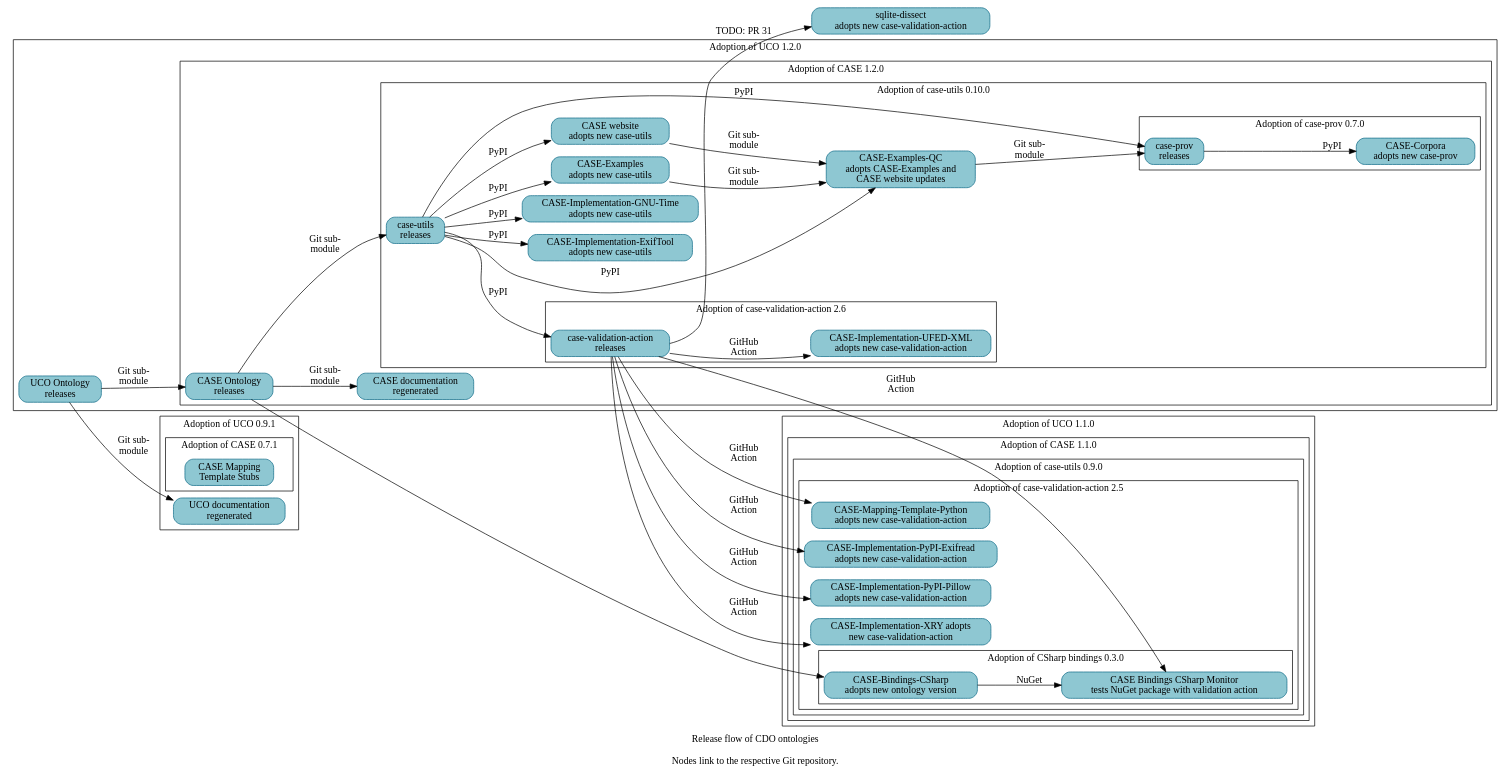
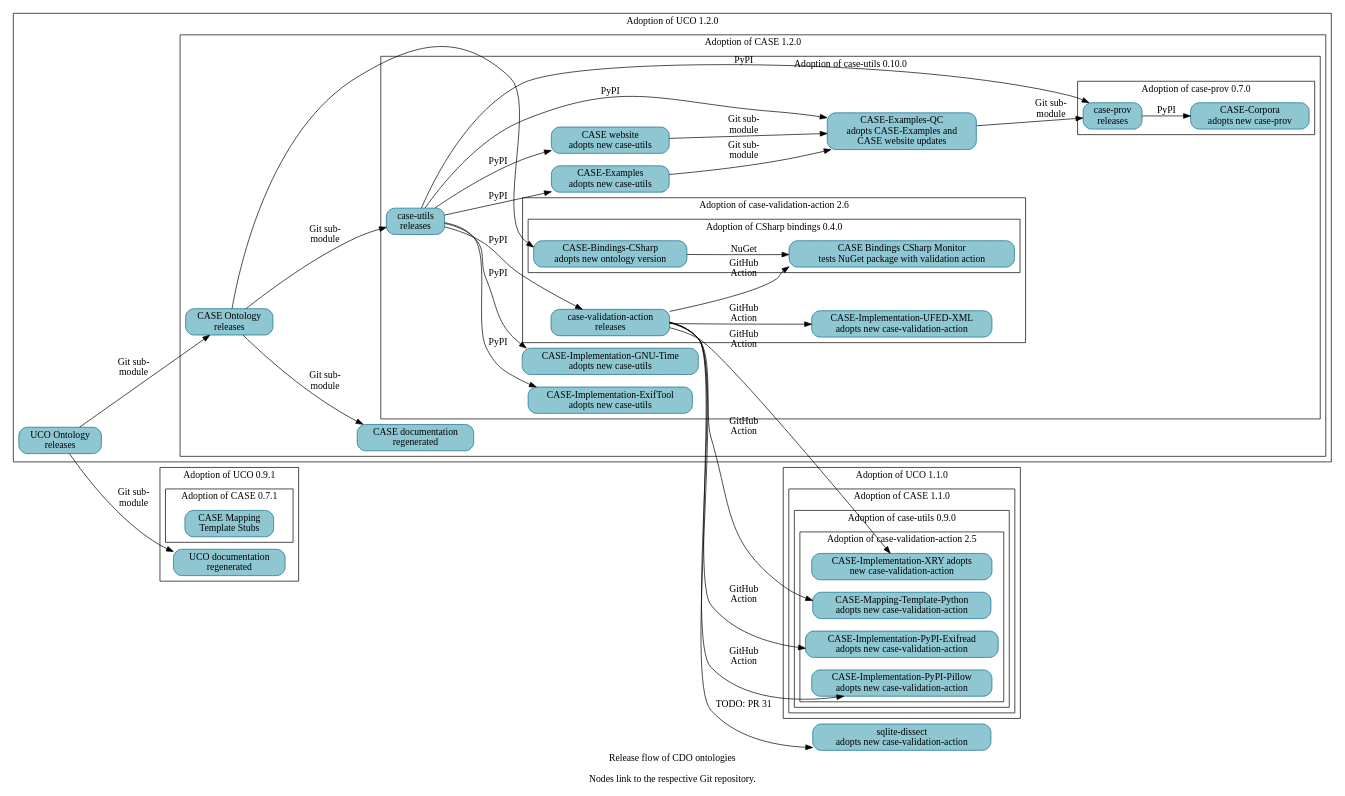
Before and after one commit to Cyber-Domain-Ontology/cdo.github.io: the diagram in resources/project_release_flow.dot, drawn with Graphviz.

Commit message:
Bump CSharp bindings and monitor adoption status
A follow-on patch will regenerate Make-managed files.

```diff
--- a/resources/project_release_flow.dot
+++ b/resources/project_release_flow.dot
@@ -1,112 +1,113 @@
 digraph "cdo_release_flow" {
   label = "Release flow of CDO ontologies\n\nNodes link to the respective Git repository." ;
   rankdir = "LR" ;
   node [shape="rectangle" style="filled,rounded" fillcolor="#8EC7D2" color="#0D6986"] ;
 
 
   // Define nodes in their corresponding progress subgraph.
 
   subgraph cluster_uco_0_9_1 {
     label = "Adoption of UCO 0.9.1" ;
 
     _GH__UCOPROJECT__ONTOLOGY_UNIFIEDCYBERONTOLOGY_ORG [URL="https://github.com/ucoProject/ontology.unifiedcyberontology.org" label="UCO documentation\nregenerated"] ;
 
     subgraph cluster_case_0_7_1 {
       label = "Adoption of CASE 0.7.1" ;
       _GH__CASEWORK__CASE_MAPPING_TEMPLATE_STUBS [URL="https://github.com/casework/CASE-Mapping-Template-Stubs" label="CASE Mapping\nTemplate Stubs"] ;
     }
   }
   subgraph cluster_uco_1_1_0 {
     label = "Adoption of UCO 1.1.0" ;
 
     subgraph cluster_case_1_1_0 {
       label = "Adoption of CASE 1.1.0" ;
 
       subgraph cluster_case_utils_0_9_0 {
         label = "Adoption of case-utils 0.9.0" ;
 
         subgraph cluster_case_validation_action_2_5 {
           label = "Adoption of case-validation-action 2.5" ;
 
           _GH__CASEWORK__CASE_IMPLEMENTATON_PYPI_EXIFREAD [URL="https://github.com/casework/CASE-Implementation-PyPI-Exifread" label="CASE-Implementation-PyPI-Exifread\nadopts new case-validation-action"] ;
           _GH__CASEWORK__CASE_IMPLEMENTATON_PYPI_PILLOW [URL="https://github.com/casework/CASE-Implementation-PyPI-Pillow" label="CASE-Implementation-PyPI-Pillow\nadopts new case-validation-action"] ;
           _GH__CASEWORK__CASE_IMPLEMENTATON_XRY [URL="https://github.com/casework/CASE-Implementation-XRY" label="CASE-Implementation-XRY adopts\nnew case-validation-action"] ;
           _GH__CASEWORK__CASE_MAPPING_TEMPLATE_PYTHON [URL="https://github.com/casework/CASE-Mapping-Template-Python" label="CASE-Mapping-Template-Python\nadopts new case-validation-action"] ;
-
-          subgraph cluster_case_bindings_csharp_0_3_0 {
-            label = "Adoption of CSharp bindings 0.3.0" ;
-            _GH__CASEWORK__CASE_BINDINGS_CSHARP_MONITOR [URL="https://github.com/casework/CASE-Bindings-CSharp-Monitor" label="CASE Bindings CSharp Monitor\ntests NuGet package with validation action"] ;
-            _GH__CIPHERTECHSOLUTIONS__CASE_BINDINGS_CSHARP [URL="https://github.com/ciphertechsolutions/CASE-Bindings-CSharp" label="CASE-Bindings-CSharp\nadopts new ontology version"]
-          }
         }
       }
     }
   }
   subgraph cluster_uco_1_2_0 {
     label = "Adoption of UCO 1.2.0" ;
 
     _GH__UCOPROJECT__UCO [URL="https://github.com/ucoProject/UCO" label="UCO Ontology\nreleases"] ;
 
     subgraph cluster_case_1_2_0 {
       label = "Adoption of CASE 1.2.0" ;
 
       _GH__CASEWORK__CASE [URL="https://github.com/casework/CASE" label="CASE Ontology\nreleases"] ;
       _GH__CASEWORK__ONTOLOGY_CASEONTOLOGY_ORG [URL="https://github.com/casework/ontology.caseontology.org" label="CASE documentation\nregenerated"] ;
 
       subgraph cluster_case_utils_0_10_0 {
         label = "Adoption of case-utils 0.10.0" ;
 
         _GH__AJNELSON_NIST__CASE_EXAMPLES_QC [URL="https://github.com/ajnelson-nist/CASE-Examples-QC" label="CASE-Examples-QC\nadopts CASE-Examples and\nCASE website updates"] ;
         _GH__CASEWORK__CASE_EXAMPLES [URL="https://github.com/casework/CASE-Examples" label="CASE-Examples\nadopts new case-utils"] ;
         _GH__CASEWORK__CASE_IMPLEMENTATON_EXIFTOOL [URL="https://github.com/casework/CASE-Implementation-ExifTool" label="CASE-Implementation-ExifTool\nadopts new case-utils"] ;
         _GH__CASEWORK__CASE_IMPLEMENTATON_GNU_TIME [URL="https://github.com/casework/CASE-Implementation-GNU-Time" label="CASE-Implementation-GNU-Time\nadopts new case-utils"] ;
         _GH__CASEWORK__CASE_UTILITIES_PYTHON [URL="https://github.com/casework/CASE-Utilities-Python" label="case-utils\nreleases"] ;
         _GH__CASEWORK__CASEWORK_GITHUB_IO [URL="https://github.com/casework/casework.github.io" label="CASE website\nadopts new case-utils"] ;
 
         subgraph cluster_case_prov_0_7_0 {
           label = "Adoption of case-prov 0.7.0" ;
 
           _GH__CASEWORK__CASE_CORPORA [URL="https://github.com/casework/CASE-Corpora" label="CASE-Corpora\nadopts new case-prov"] ;
           _GH__CASEWORK__CASE_IMPLEMENTATON_PROV_O [URL="https://github.com/casework/CASE-Implementation-PROV-O" label="case-prov\nreleases"] ;
         }
         subgraph cluster_case_validation_action_2_6 {
           label = "Adoption of case-validation-action 2.6" ;
 
           _GH__CASEWORK__CASE_IMPLEMENTATON_UFED_XML [URL="https://github.com/casework/CASE-Implementation-UFED-XML" label="CASE-Implementation-UFED-XML\nadopts new case-validation-action"] ;
           _GH__KCHASON__CASE_VALIDATION_ACTION [URL="https://github.com/kchason/case-validation-action" label="case-validation-action\nreleases"] ;
+
+          subgraph cluster_case_bindings_csharp_0_4_0 {
+            label = "Adoption of CSharp bindings 0.4.0" ;
+
+            _GH__CASEWORK__CASE_BINDINGS_CSHARP_MONITOR [URL="https://github.com/casework/CASE-Bindings-CSharp-Monitor" label="CASE Bindings CSharp Monitor\ntests NuGet package with validation action"] ;
+            _GH__CIPHERTECHSOLUTIONS__CASE_BINDINGS_CSHARP [URL="https://github.com/ciphertechsolutions/CASE-Bindings-CSharp" label="CASE-Bindings-CSharp\nadopts new ontology version"]
+          }
         }
       }
     }
   }
 
   _GH__DOD_CYBER_CRIME_CENTER__SQLITE_DISSECT [URL="https://github.com/dod-cyber-crime-center/sqlite-dissect" label="sqlite-dissect\nadopts new case-validation-action"] ;
 
   // Begin edges
 
   _GH__AJNELSON_NIST__CASE_EXAMPLES_QC -> _GH__CASEWORK__CASE_IMPLEMENTATON_PROV_O [label="Git sub-\nmodule"] ;
   _GH__CASEWORK__CASE -> _GH__CASEWORK__CASE_UTILITIES_PYTHON [label="Git sub-\nmodule"] ;
   _GH__CASEWORK__CASE -> _GH__CIPHERTECHSOLUTIONS__CASE_BINDINGS_CSHARP ;
   _GH__CASEWORK__CASE -> _GH__CASEWORK__ONTOLOGY_CASEONTOLOGY_ORG [label="Git sub-\nmodule"] ; 
   _GH__CASEWORK__CASE_EXAMPLES -> _GH__AJNELSON_NIST__CASE_EXAMPLES_QC [label="Git sub-\nmodule"] ;
   _GH__CASEWORK__CASE_IMPLEMENTATON_PROV_O -> _GH__CASEWORK__CASE_CORPORA [label="PyPI"] ;
   _GH__CASEWORK__CASE_UTILITIES_PYTHON -> _GH__AJNELSON_NIST__CASE_EXAMPLES_QC [label="PyPI"] ;
   _GH__CASEWORK__CASE_UTILITIES_PYTHON -> _GH__CASEWORK__CASE_EXAMPLES [label="PyPI"] ;
   _GH__CASEWORK__CASE_UTILITIES_PYTHON -> _GH__CASEWORK__CASE_IMPLEMENTATON_EXIFTOOL [label="PyPI"] ;
   _GH__CASEWORK__CASE_UTILITIES_PYTHON -> _GH__CASEWORK__CASE_IMPLEMENTATON_GNU_TIME [label="PyPI"] ;
   _GH__CASEWORK__CASE_UTILITIES_PYTHON -> _GH__CASEWORK__CASE_IMPLEMENTATON_PROV_O [label="PyPI"] ;
   _GH__CASEWORK__CASE_UTILITIES_PYTHON -> _GH__KCHASON__CASE_VALIDATION_ACTION [label="PyPI"] ;
   _GH__CASEWORK__CASE_UTILITIES_PYTHON -> _GH__CASEWORK__CASEWORK_GITHUB_IO [label="PyPI"] ;
   _GH__CASEWORK__CASEWORK_GITHUB_IO -> _GH__AJNELSON_NIST__CASE_EXAMPLES_QC [label="Git sub-\nmodule"] ;
   _GH__CIPHERTECHSOLUTIONS__CASE_BINDINGS_CSHARP -> _GH__CASEWORK__CASE_BINDINGS_CSHARP_MONITOR [label="NuGet"] ;
   _GH__KCHASON__CASE_VALIDATION_ACTION -> _GH__CASEWORK__CASE_BINDINGS_CSHARP_MONITOR [label="GitHub\nAction"] ;
   _GH__KCHASON__CASE_VALIDATION_ACTION -> _GH__CASEWORK__CASE_IMPLEMENTATON_PYPI_EXIFREAD [label="GitHub\nAction"] ;
   _GH__KCHASON__CASE_VALIDATION_ACTION -> _GH__CASEWORK__CASE_IMPLEMENTATON_PYPI_PILLOW [label="GitHub\nAction"] ;
   _GH__KCHASON__CASE_VALIDATION_ACTION -> _GH__CASEWORK__CASE_IMPLEMENTATON_UFED_XML [label="GitHub\nAction"] ;
   _GH__KCHASON__CASE_VALIDATION_ACTION -> _GH__CASEWORK__CASE_IMPLEMENTATON_XRY [label="GitHub\nAction"] ;
   _GH__KCHASON__CASE_VALIDATION_ACTION -> _GH__CASEWORK__CASE_MAPPING_TEMPLATE_PYTHON [label="GitHub\nAction"] ;
   _GH__KCHASON__CASE_VALIDATION_ACTION -> _GH__DOD_CYBER_CRIME_CENTER__SQLITE_DISSECT [URL="https://github.com/dod-cyber-crime-center/sqlite-dissect/pull/31" label="TODO: PR 31"] ;
   // TODO _GH__UCOPROJECT__ONTOLOGY_UNIFIEDCYBERONTOLOGY_ORG -> _GH__CASEWORK__ONTOLOGY_CASEONTOLOGY_ORG [label="Tech-\ncheck"];
   _GH__UCOPROJECT__UCO -> _GH__CASEWORK__CASE [label="Git sub-\nmodule"] ;
   _GH__UCOPROJECT__UCO -> _GH__UCOPROJECT__ONTOLOGY_UNIFIEDCYBERONTOLOGY_ORG [label="Git sub-\nmodule"] ;
 
 }
```
